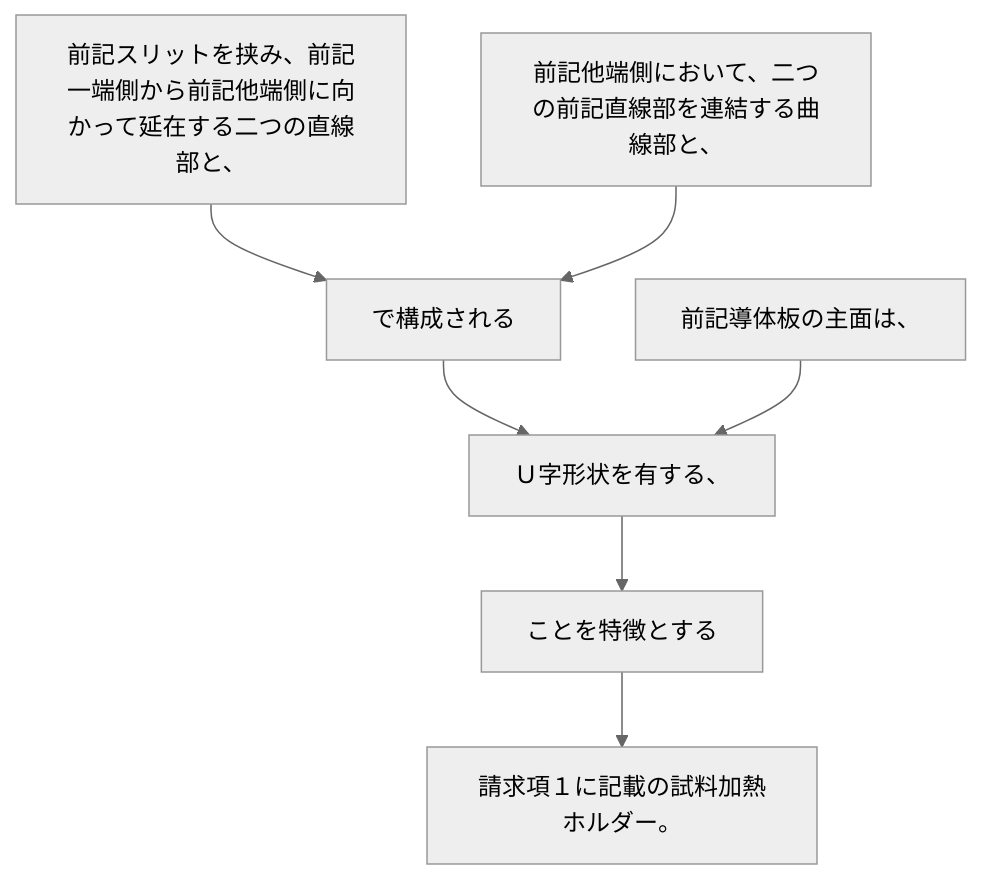
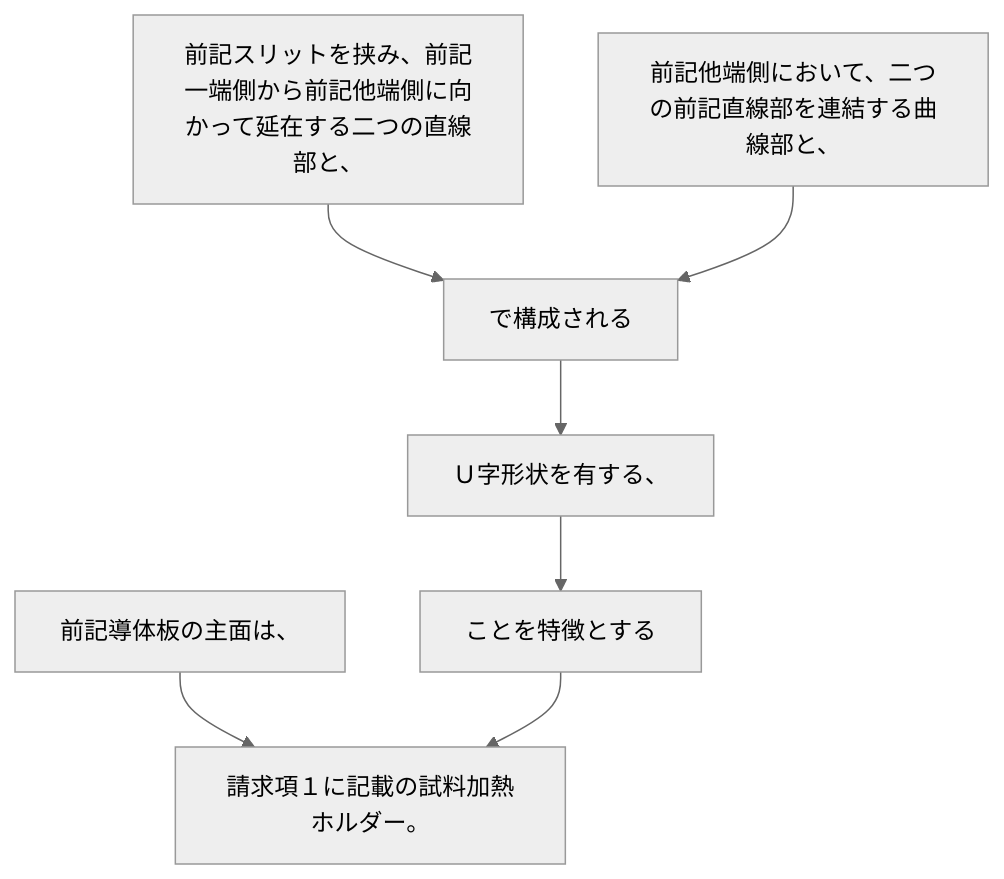
Before and after one commit to shinmori55/patent_analyzed: the diagram in 2024/JP2024030202A/claim_5/README.md, drawn with Mermaid (neutral theme). The commit also changed 336 other files, not shown here.

````diff
--- a/2024/JP2024030202A/claim_5/README.md
+++ b/2024/JP2024030202A/claim_5/README.md
@@ -4,16 +4,16 @@
 ```mermaid
 flowchart TD
 A[前記導体板の主面は、]
 B[前記スリットを挟み、前記一端側から前記他端側に向かって延在する二つの直線部と、]
 C[前記他端側において、二つの前記直線部を連結する曲線部と、]
 D[で構成される]
 E[Ｕ字形状を有する、]
 F[ことを特徴とする]
 G[請求項１に記載の試料加熱ホルダー。]
+A --> G
 B --> D
 C --> D
 D --> E
-A --> E
 E --> F
 F --> G
 ```
````
